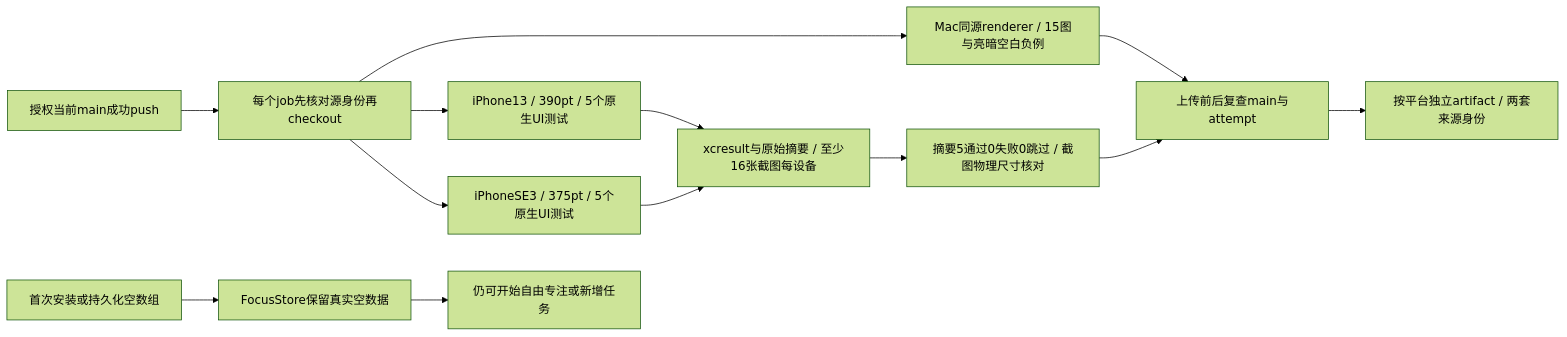
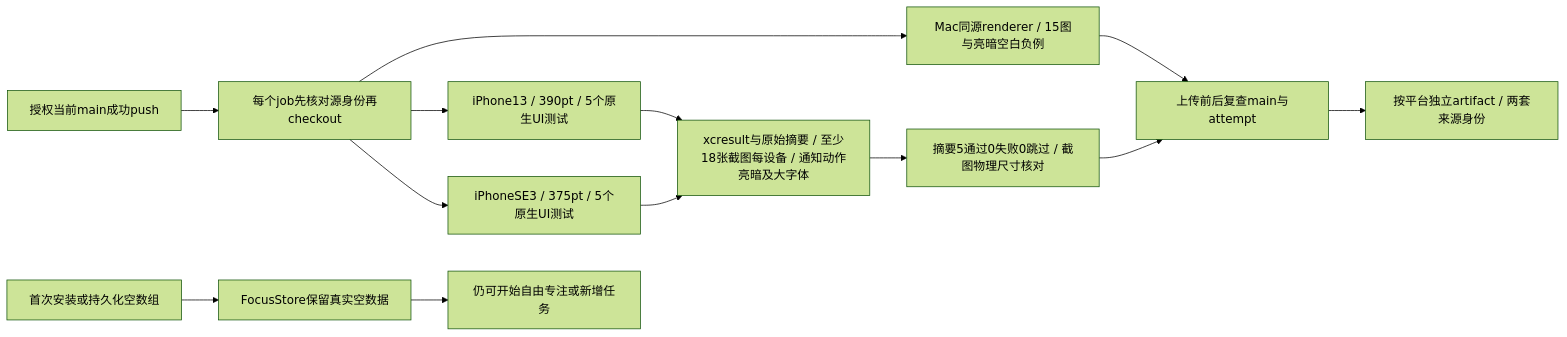
One commit to Altman-sam114/114 changed the fourth of 11 diagrams in md/flow/flowchart.md. Above: the diagram before and after it, drawn with Mermaid (forest theme). The commit also changed 9 other files, not shown here.

````diff
--- a/md/flow/flowchart.md
+++ b/md/flow/flowchart.md
@@ -60,15 +60,15 @@
 ```mermaid
 flowchart LR
   SOURCE[授权当前main成功push] --> GATE[每个job先核对源身份再checkout]
   GATE --> MAC[Mac同源renderer / 15图与亮暗空白负例]
   GATE --> PHONE1[iPhone13 / 390pt / 5个原生UI测试]
   GATE --> PHONE2[iPhoneSE3 / 375pt / 5个原生UI测试]
-  PHONE1 --> XC[xcresult与原始摘要 / 至少16张截图每设备]
+  PHONE1 --> XC[xcresult与原始摘要 / 至少18张截图每设备 / 通知动作亮暗及大字体]
   PHONE2 --> XC
   XC --> VERIFY[摘要5通过0失败0跳过 / 截图物理尺寸核对]
   MAC --> FRESH[上传前后复查main与attempt]
   VERIFY --> FRESH
   FRESH --> PACK[按平台独立artifact / 两套来源身份]
   EMPTY[首次安装或持久化空数组] --> STORE[FocusStore保留真实空数据]
   STORE --> FREE[仍可开始自由专注或新增任务]
 ```
````
